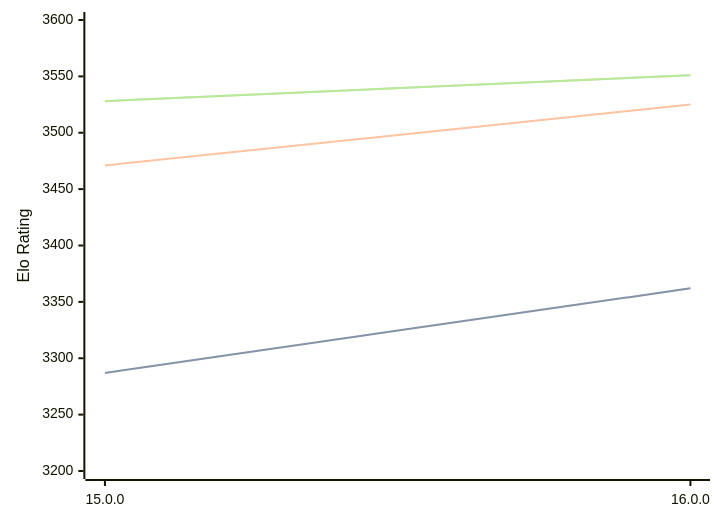
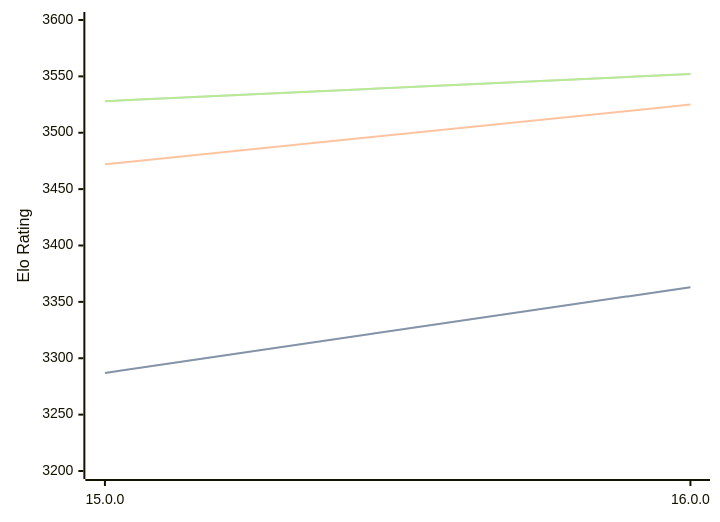
Before and after one commit to computer-chess-index/cci: the diagram in engines/Halogen.md, drawn with Mermaid. The commit also changed other lines of this file, not shown here.

Commit message:
Update CCI Ratings (ELO VLTC) - 2026-08-29

````diff
--- a/engines/Halogen.md
+++ b/engines/Halogen.md
@@ -32,11 +32,11 @@
 ```mermaid
 %%{init: {"theme":"base","themeVariables":{"seriesColors:['#a3a3a3','#222221','#faa371']}}}%%
 xychart-beta
   x-axis ["15.0.0", "16.0.0"]
   y-axis "Elo Rating" 3200 --> 3600
-  line "" [3287, 3362]
-  line "STC (8.0+0.08s)" [3287, 3362]
-  line "LTC (60.0+0.60s)" [3471, 3525]
-  line "" [3528, 3551]
-  line "VLTC (2m24s+1.12s)" [3528, 3551]
+  line "" [3287, 3363]
+  line "STC (8.0+0.08s)" [3287, 3363]
+  line "LTC (60.0+0.60s)" [3472, 3525]
+  line "" [3528, 3552]
+  line "VLTC (2m24s+1.12s)" [3528, 3552]
 ```
````
